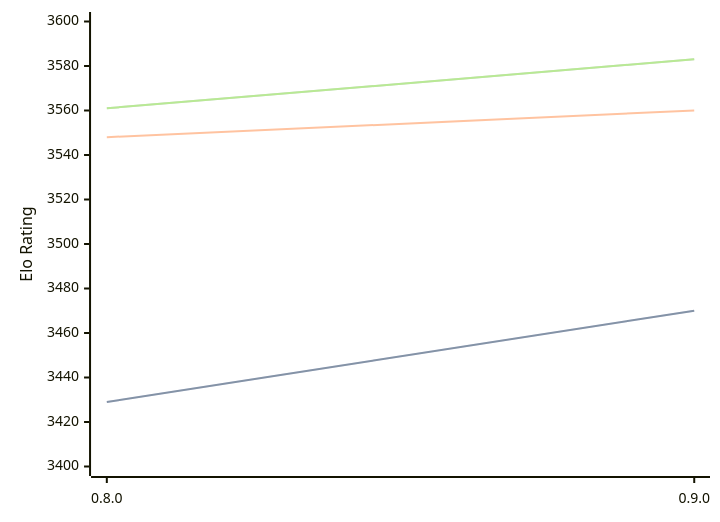
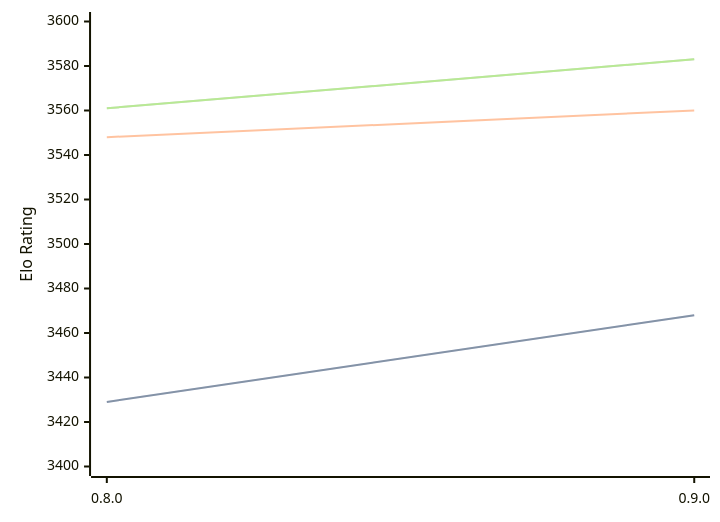
One commit to computer-chess-index/cci changed the first of 3 diagrams in engines/Reckless.md. Above: the diagram before and after it, drawn with Mermaid. The commit also changed other lines of this file, not shown here.

````diff
--- a/engines/Reckless.md
+++ b/engines/Reckless.md
@@ -39,11 +39,11 @@
 ```mermaid
 %%{init: {"theme":"base","themeVariables":{"seriesColors:['#a3a3a3','#222221','#faa371']}}}%%
 xychart-beta
   x-axis ["0.8.0", "0.9.0"]
   y-axis "Elo Rating" 3400 --> 3600
-  line "STC (8.0+0.08s)" [3429, 3470]
-  line "STC (8.0+0.08s)" [3429, 3470]
+  line "STC (8.0+0.08s)" [3429, 3468]
+  line "STC (8.0+0.08s)" [3429, 3468]
   line "LTC (60.0+0.60s)" [3548, 3560]
   line "VLTC (2m24s+1.12s)" [3561, 3583]
   line "VLTC (2m24s+1.12s)" [3561, 3583]
 ```
````
